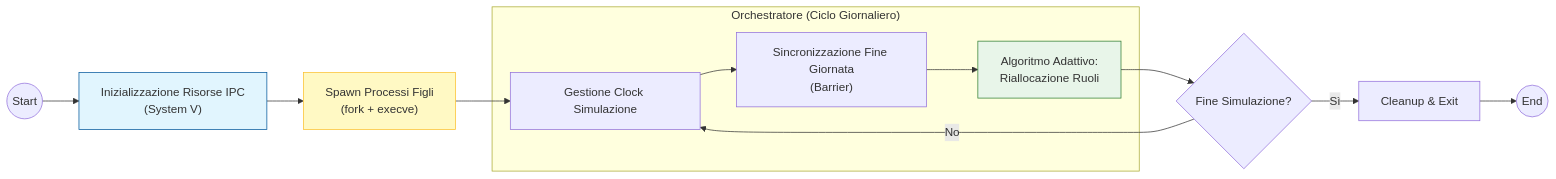
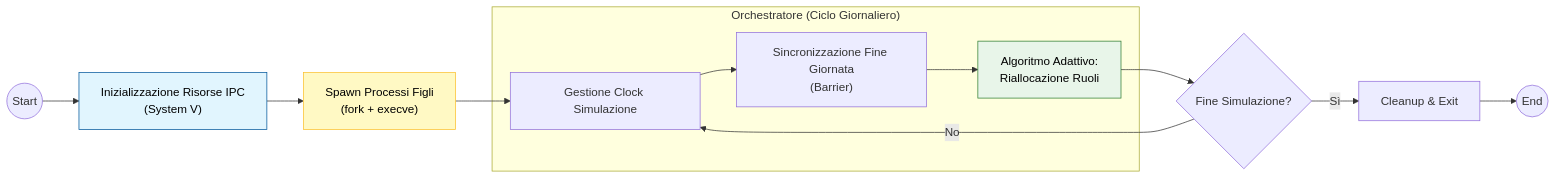
Before and after one commit to l0gic5/servizio_mensa: the second of 10 diagrams in RELAZIONE.md, drawn with Mermaid. The commit also changed other lines of this file, not shown here.

````diff
--- a/RELAZIONE.md
+++ b/RELAZIONE.md
@@ -68,20 +68,20 @@
 ```mermaid
 graph LR
   Start((Start)) --> Init["Inizializzazione Risorse IPC<br>(System V)"]
   Init --> Fork["Spawn Processi Figli<br>(fork + execve)"]
   
   subgraph "Orchestratore (Ciclo Giornaliero)"
     Clock["Gestione Clock Simulazione"] --> Barrier["Sincronizzazione Fine Giornata<br>(Barrier)"]
     Barrier --> Algo["Algoritmo Adattivo:<br>Riallocazione Ruoli"]
   end
   
   Fork --> Clock
   Algo --> Check{"Fine Simulazione?"}
   Check -- No --> Clock
   Check -- Sì --> Clean["Cleanup & Exit"]
   Clean --> Stop((End))
 
-  style Init fill:#e1f5fe,stroke:#01579b
-  style Fork fill:#fff9c4,stroke:#fbc02d
-  style Algo fill:#e8f5e9,stroke:#2e7d32
+  style Init fill:#e1f5fe,stroke:#01579b,color:#000
+  style Fork fill:#fff9c4,stroke:#fbc02d,color:#000
+  style Algo fill:#e8f5e9,stroke:#2e7d32,color:#000
 ```
````
